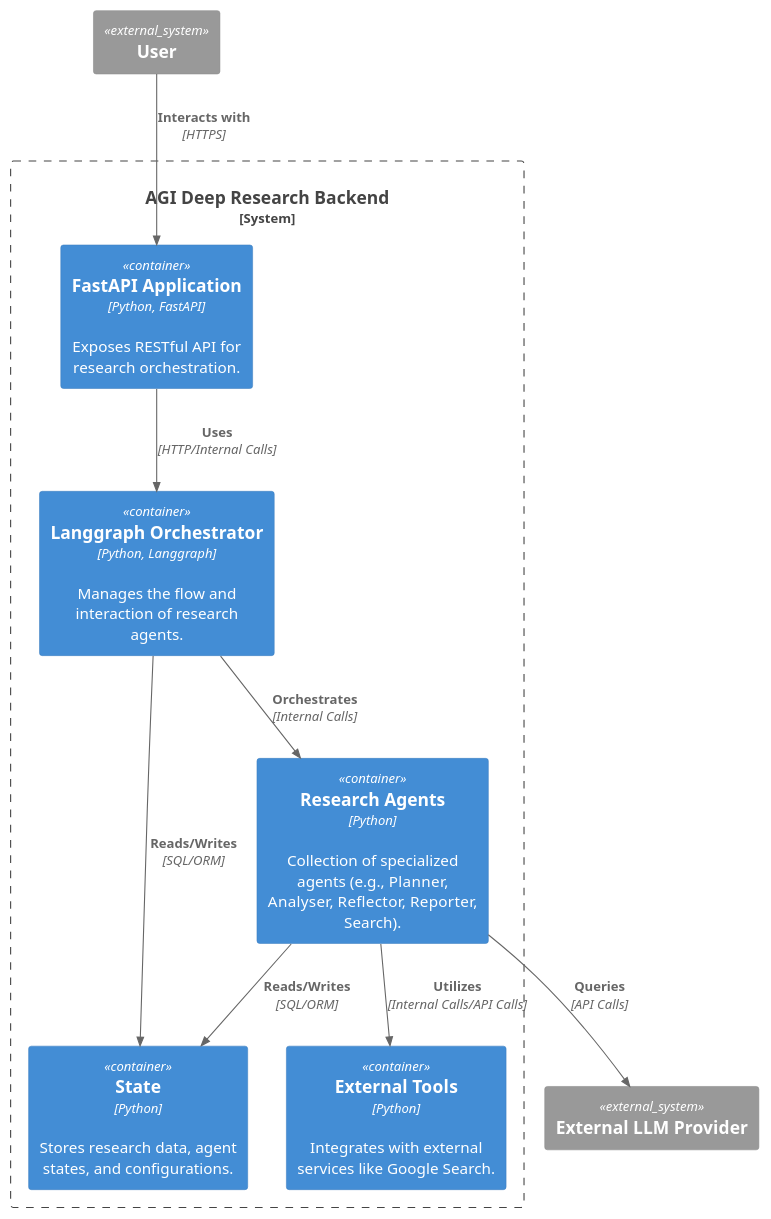
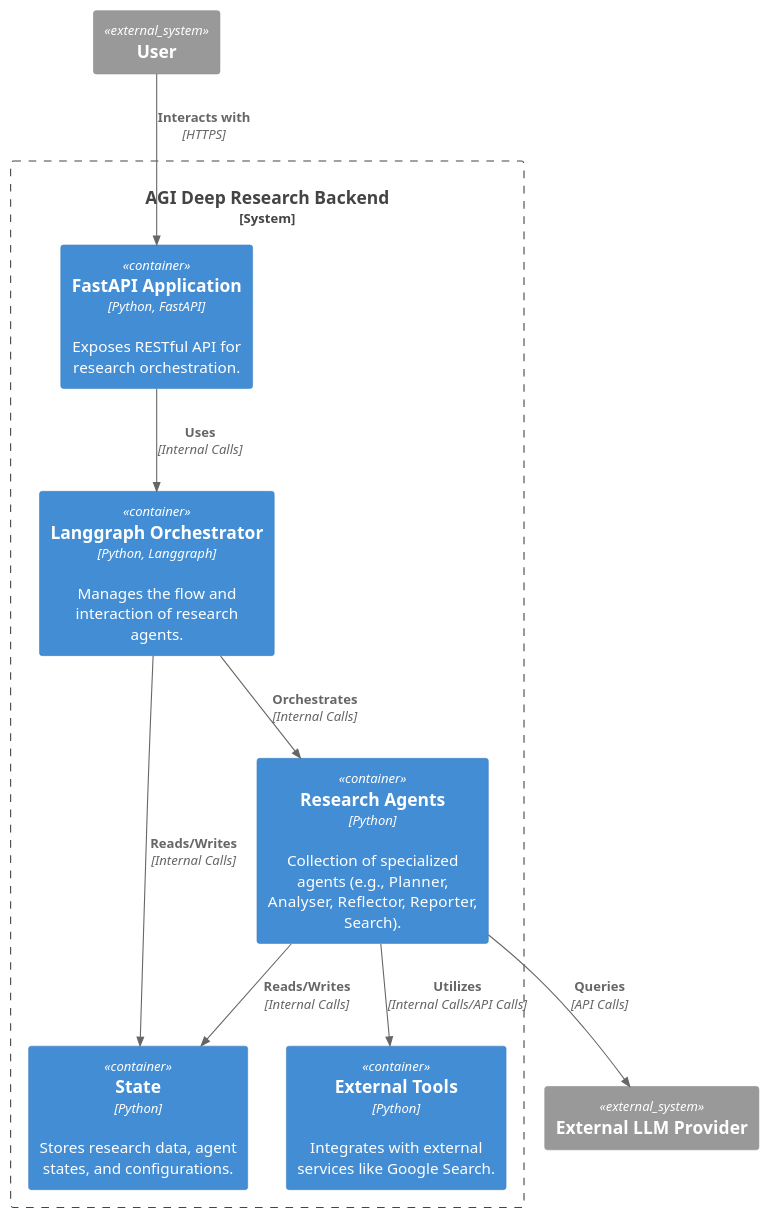
One commit to faawx/agentic-research-api-poc changed the diagram in architecture.puml. Above: the diagram before and after it, drawn with PlantUML. The commit also changed 3 other files, not shown here.

Commit message:
fix arch diagram

```diff
--- a/architecture.puml
+++ b/architecture.puml
@@ -1,28 +1,28 @@
 @startuml
 !include https://raw.githubusercontent.com/plantuml-stdlib/C4-PlantUML/master/C4_Container.puml
 
 ' C2 Model for AGI Deep Research Backend
 
 System_Boundary(c1, "AGI Deep Research Backend") {
 
     Container(api, "FastAPI Application", "Python, FastAPI", "Exposes RESTful API for research orchestration.")
     Container(langgraph, "Langgraph Orchestrator", "Python, Langgraph", "Manages the flow and interaction of research agents.")
     Container(agents, "Research Agents", "Python", "Collection of specialized agents (e.g., Planner, Analyser, Reflector, Reporter, Search).")
     Container(tools, "External Tools", "Python", "Integrates with external services like Google Search.")
     Container(database, "State", "Python", "Stores research data, agent states, and configurations.")
 
-    Rel(api, langgraph, "Uses", "HTTP/Internal Calls")
+    Rel(api, langgraph, "Uses", "Internal Calls")
     Rel(langgraph, agents, "Orchestrates", "Internal Calls")
     Rel(agents, tools, "Utilizes", "Internal Calls/API Calls")
-    Rel(langgraph, database, "Reads/Writes", "SQL/ORM")
-    Rel(agents, database, "Reads/Writes", "SQL/ORM")
+    Rel(langgraph, database, "Reads/Writes", "Internal Calls")
+    Rel(agents, database, "Reads/Writes", "Internal Calls")
 
 }
 
 System_Ext(user, "User")
 System_Ext(external_llm, "External LLM Provider")
 
 Rel(user, api, "Interacts with", "HTTPS")
 Rel(agents, external_llm, "Queries", "API Calls")
 
 @enduml
```
